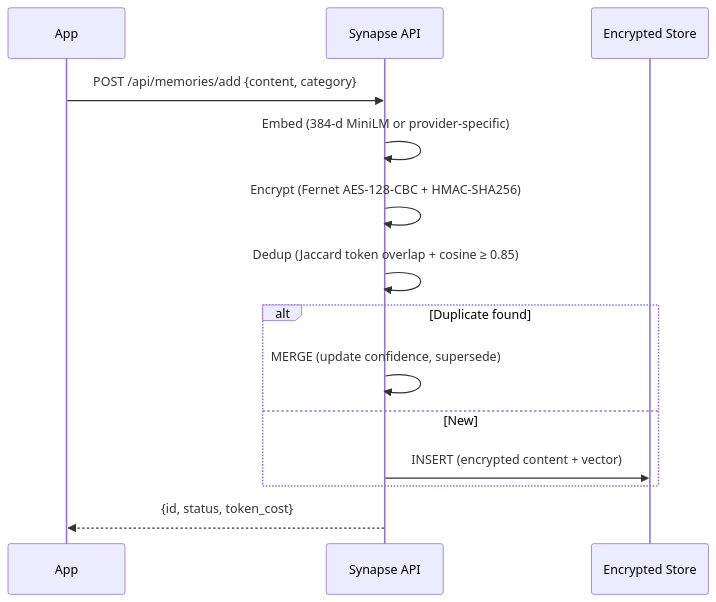
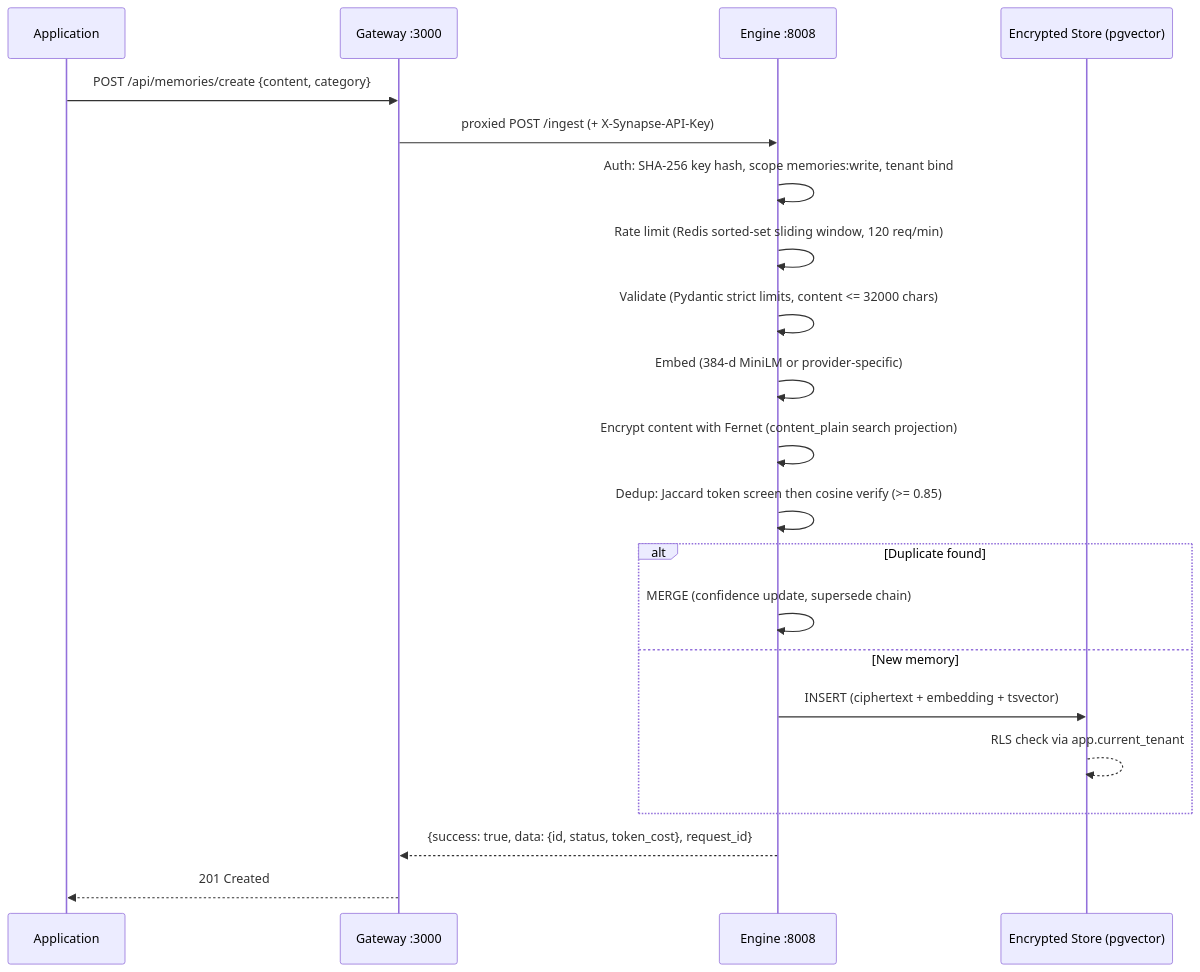
Before and after one commit to 721189/Synapse-Memory: the second of 9 diagrams in README.md, drawn with Mermaid. The commit also changed other lines of this file, not shown here.

````diff
--- a/README.md
+++ b/README.md
@@ -66,17 +150,24 @@
 ```mermaid
 sequenceDiagram
-    participant App
-    participant API as Synapse API
-    participant DB as Encrypted Store
+    participant App as Application
+    participant GW as Gateway :3000
+    participant API as Engine :8008
+    participant DB as Encrypted Store (pgvector)
 
-    App->>API: POST /api/memories/add {content, category}
+    App->>GW: POST /api/memories/create {content, category}
+    GW->>API: proxied POST /ingest (+ X-Synapse-API-Key)
+    API->>API: Auth: SHA-256 key hash, scope memories:write, tenant bind
+    API->>API: Rate limit (Redis sorted-set sliding window, 120 req/min)
+    API->>API: Validate (Pydantic strict limits, content <= 32000 chars)
     API->>API: Embed (384-d MiniLM or provider-specific)
-    API->>API: Encrypt (Fernet AES-128-CBC + HMAC-SHA256)
-    API->>API: Dedup (Jaccard token overlap + cosine ≥ 0.85)
+    API->>API: Encrypt content with Fernet (content_plain search projection)
+    API->>API: Dedup: Jaccard token screen then cosine verify (>= 0.85)
     alt Duplicate found
-        API->>API: MERGE (update confidence, supersede)
-    else New
-        API->>DB: INSERT (encrypted content + vector)
+        API->>API: MERGE (confidence update, supersede chain)
+    else New memory
+        API->>DB: INSERT (ciphertext + embedding + tsvector)
+        DB-->>DB: RLS check via app.current_tenant
     end
-    API-->>App: {id, status, token_cost}
+    API-->>GW: {success: true, data: {id, status, token_cost}, request_id}
+    GW-->>App: 201 Created
 ```
````
